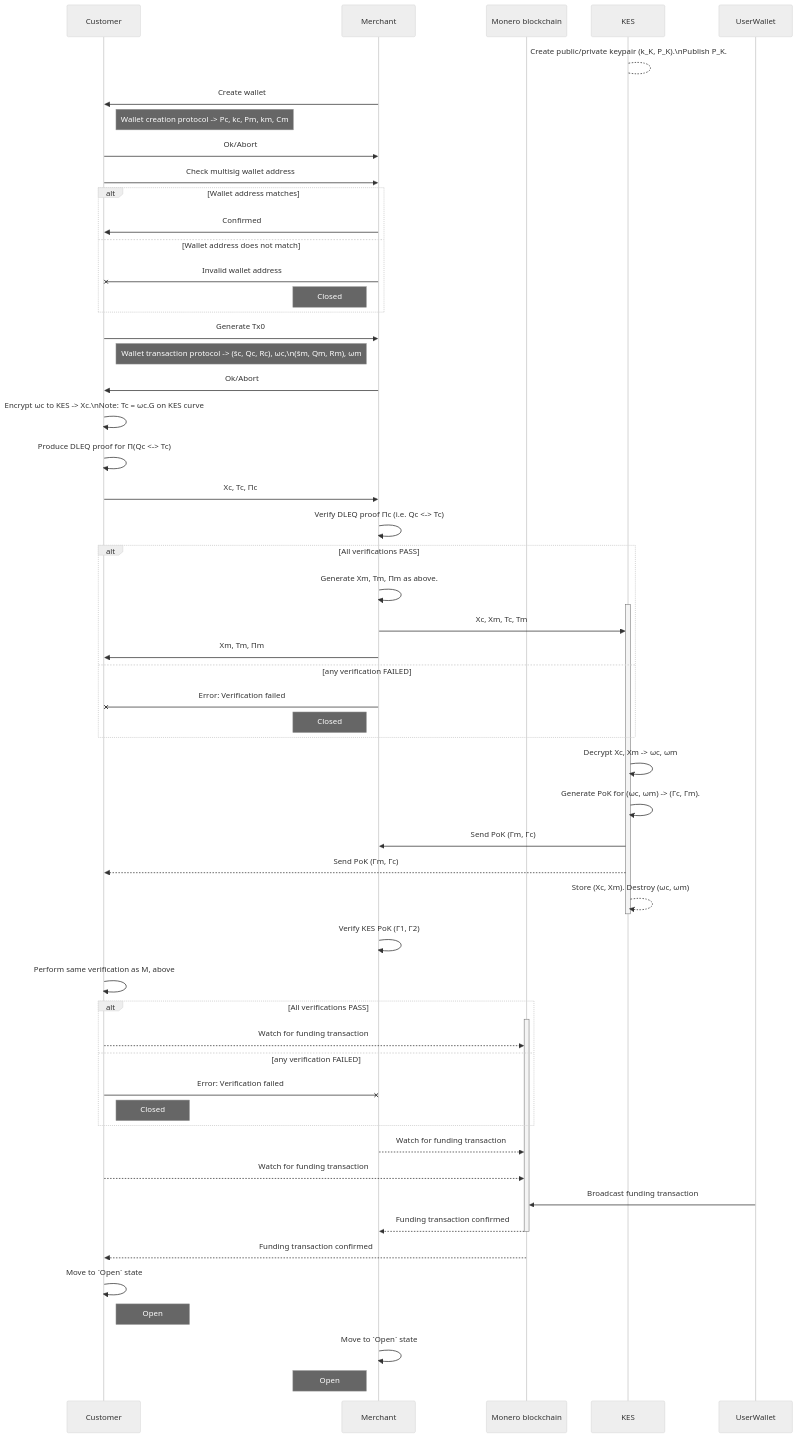
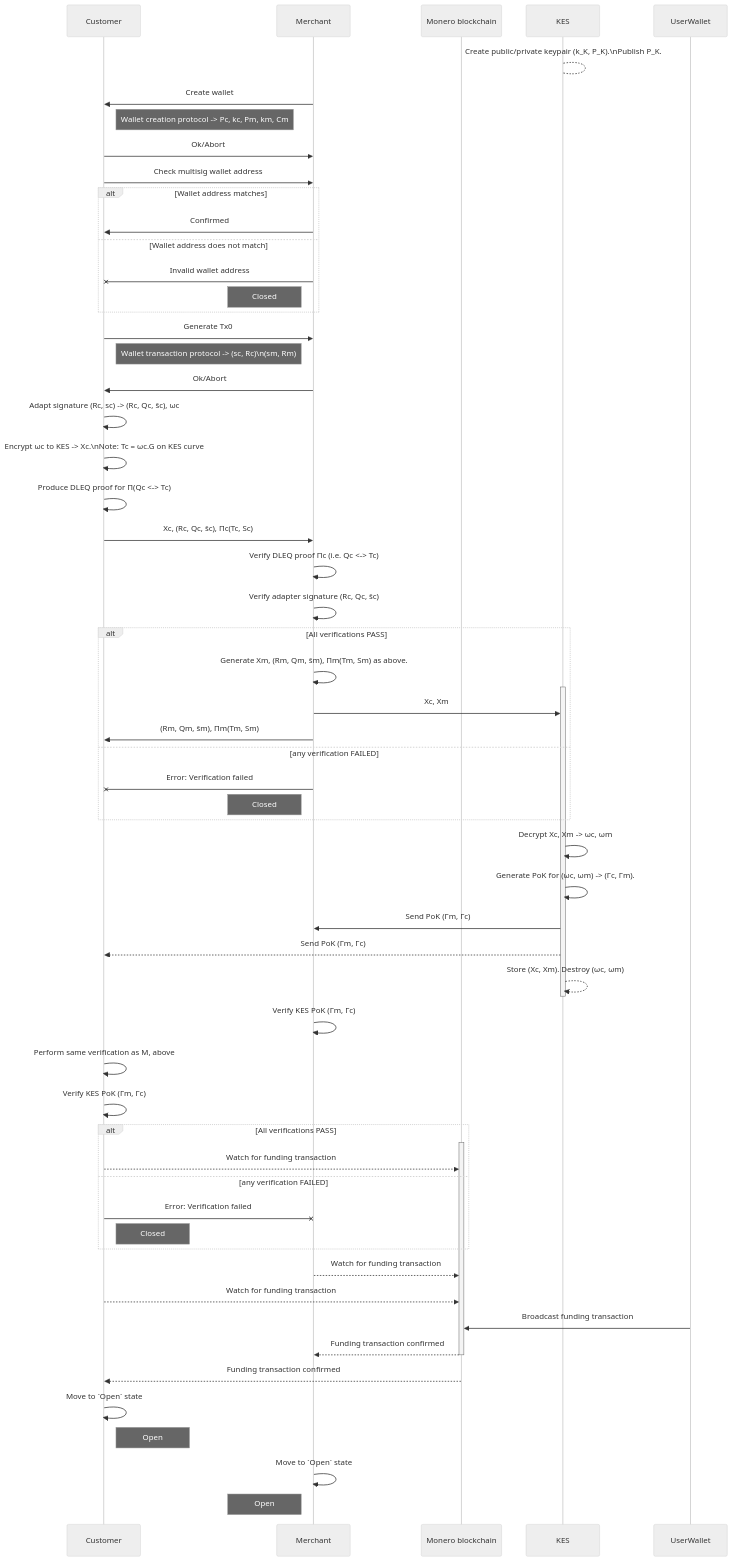
The diagram in docs/diagrams/establish_channel_sequence.md (grease-xmr/grease), drawn with Mermaid (neutral theme) before and after one commit. The commit also changed 3 other files, not shown here.

First line of the commit message:
docs: update protocol sequence diagram

````diff
--- a/docs/diagrams/establish_channel_sequence.md
+++ b/docs/diagrams/establish_channel_sequence.md
@@ -1,70 +1,73 @@
 ```mermaid
 sequenceDiagram
     participant C as Customer
     participant M as Merchant
     participant L1 as Monero blockchain
     participant KES as KES
 
     KES-->KES: Create public/private keypair (k_K, P_K).\nPublish P_K.
     M->>C: Create wallet
     note right of C: Wallet creation protocol -> Pc, kc, Pm, km, Cm
     C->>M: Ok/Abort
 
     C->>M: Check multisig wallet address
     alt Wallet address matches
         M->>C: Confirmed
     else Wallet address does not match
         M-xC: Invalid wallet address
         note left of M: Closed
     end
 
     C->>M: Generate Tx0
-    note right of C: Wallet transaction protocol -> (ŝc, Qc, Rc), ωc,\n(ŝm, Qm, Rm), ωm
+    note right of C: Wallet transaction protocol -> (sc, Rc)\n(sm, Rm)
     M->>C: Ok/Abort
-
+    
+    C->>C: Adapt signature (Rc, sc) -> (Rc, Qc, ŝc), ωc
     C->>C: Encrypt ωc to KES -> Xc.\nNote: Tc = ωc.G on KES curve
     C->>C: Produce DLEQ proof for Π(Qc <-> Tc) 
-    C->>M: Χc, Tc, Πc
+    C->>M: Χc, (Rc, Qc, ŝc), Πc(Tc, Sc)
     
     M->>M: Verify DLEQ proof Πc (i.e. Qc <-> Tc)
+    M->>M: Verify adapter signature (Rc, Qc, ŝc)
     alt All verifications PASS
-        M->>M: Generate Χm, Tm, Πm as above.
+        M->>M: Generate Χm, (Rm, Qm, ŝm), Πm(Tm, Sm) as above.
         activate KES
-        M->>KES: Xc, Xm, Tc, Tm
-        M->>C: Xm, Tm, Πm
+        M->>KES: Xc, Xm
+        M->>C: (Rm, Qm, ŝm), Πm(Tm, Sm)
     else any verification FAILED
         M-xC: Error: Verification failed
         note left of M: Closed
     end
     
     KES->>KES: Decrypt Xc, Xm -> ωc, ωm
     KES->>KES: Generate PoK for (ωc, ωm) -> (Γc, Γm).
     KES->>M: Send PoK (Γm, Γc)
     KES-->>C: Send PoK (Γm, Γc)
     KES-->>KES: Store (Xc, Xm). Destroy (ωc, ωm)
     deactivate KES
     
-    M->>M: Verify KES PoK (Γ1, Γ2)
-        C->>C: Perform same verification as M, above
-
+    M->>M: Verify KES PoK (Γm, Γc)
+    C->>C: Perform same verification as M, above
+    C->>C: Verify KES PoK (Γm, Γc)
+    
     alt All verifications PASS
         activate L1
         C-->>L1: Watch for funding transaction
     else any verification FAILED
         C-xM: Error: Verification failed
         note right of C: Closed
     end
 
     M-->>L1: Watch for funding transaction
     C-->>L1: Watch for funding transaction
    
     
     UserWallet->>L1: Broadcast funding transaction
     L1-->>M: Funding transaction confirmed
     deactivate L1
     L1-->>C: Funding transaction confirmed
     C->>C: Move to `Open` state
     note right of C: Open
     M->>M: Move to `Open` state
     note left of M: Open
 ```
````
